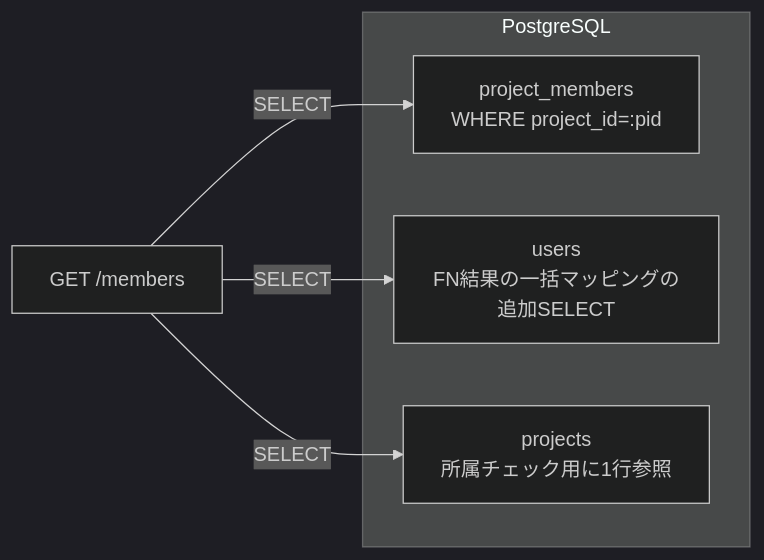
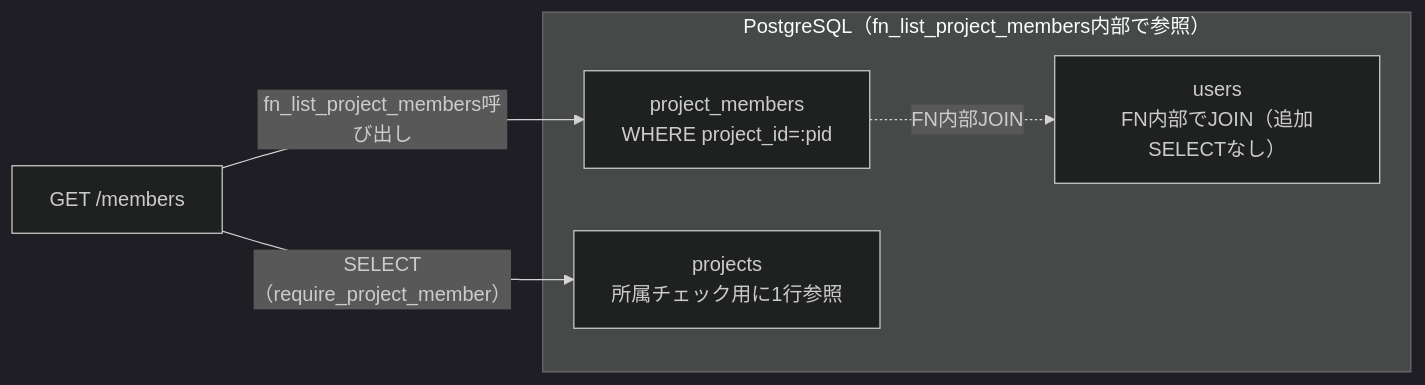
The fourth of 4 diagrams in detailed_design/api/projects/06_get_project_members.md (oikawa-d/task_management), drawn with Mermaid (dark theme) before and after one commit. The commit also changed other lines of this file and 5 other files, not shown here.

````diff
--- a/detailed_design/api/projects/06_get_project_members.md
+++ b/detailed_design/api/projects/06_get_project_members.md
@@ -201,11 +201,11 @@
 ```mermaid
 flowchart LR
-    subgraph PG["PostgreSQL"]
+    subgraph PG["PostgreSQL（fn_list_project_members内部で参照）"]
         PM["project_members<br/>WHERE project_id=:pid"]
-        U["users<br/>FN結果の一括マッピングの追加SELECT"]
+        U["users<br/>FN内部でJOIN（追加SELECTなし）"]
         P["projects<br/>所属チェック用に1行参照"]
     end
-    API["GET /members"] -->|"SELECT"| PM
-    API -->|"SELECT"| U
-    API -->|"SELECT"| P
+    API["GET /members"] -->|"fn_list_project_members呼び出し"| PM
+    PM -.->|"FN内部JOIN"| U
+    API -->|"SELECT（require_project_member）"| P
 ```
````
